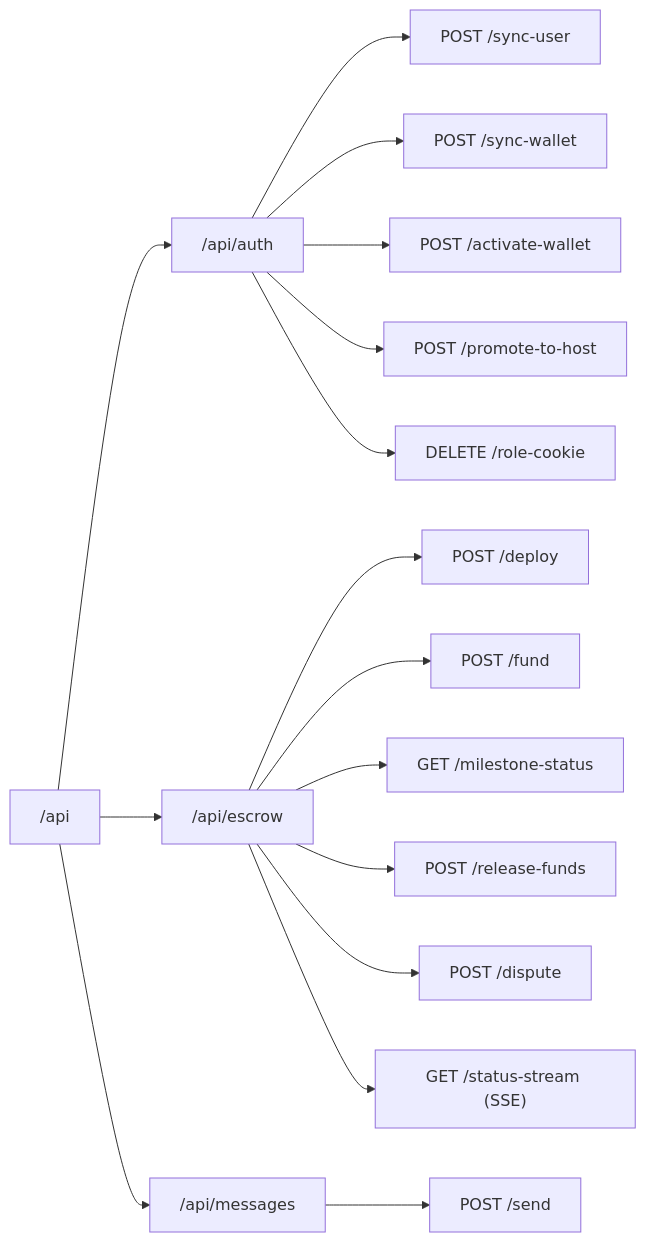
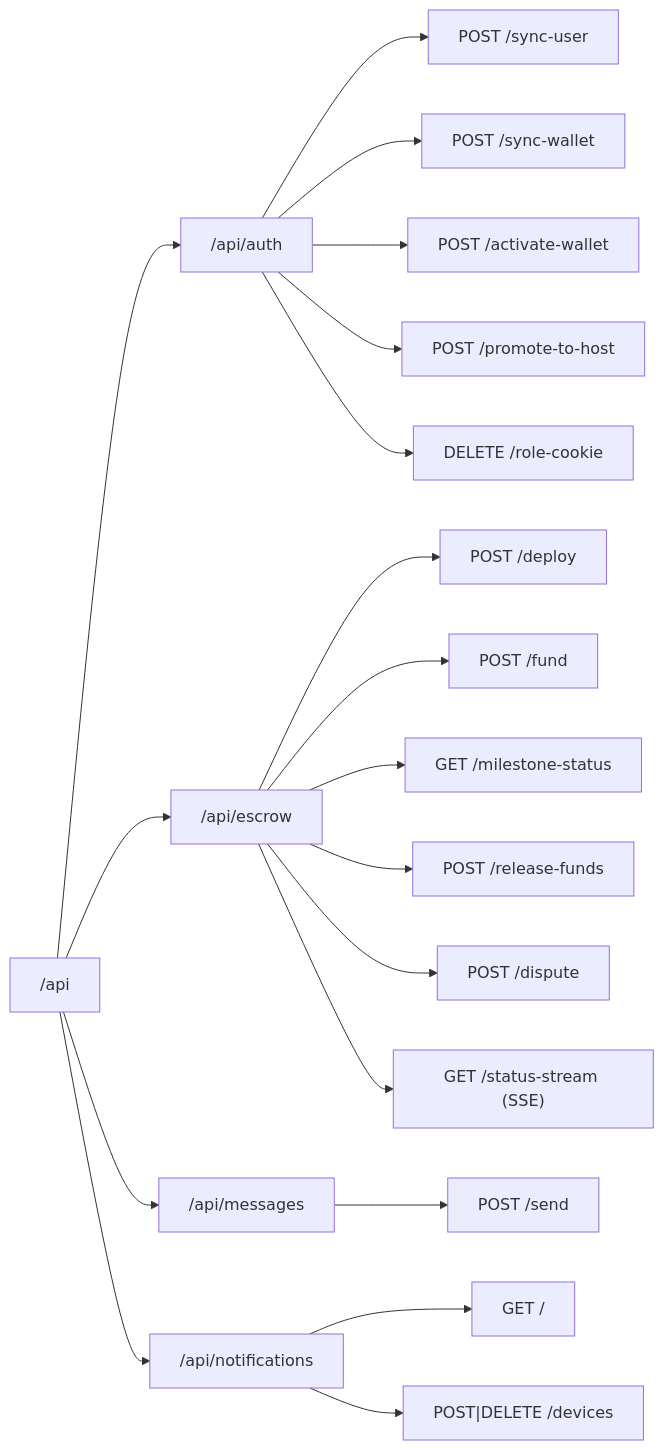
The diagram in docs/backend/api-routes.md (safetrustcr/dApp-SafeTrust), drawn with Mermaid before and after one commit. The commit also changed other lines of this file and 7 other files, not shown here.

First line of the commit message:
feat(api): add GET /api/notifications for escrow events and pending actions

````diff
--- a/docs/backend/api-routes.md
+++ b/docs/backend/api-routes.md
@@ -8,26 +8,31 @@
 ```mermaid
 graph LR
     Root["/api"]
     Auth["/api/auth"]
     Escrow["/api/escrow"]
     Messages["/api/messages"]
+    Notifications["/api/notifications"]
 
     Root --> Auth
     Root --> Escrow
     Root --> Messages
+    Root --> Notifications
 
     Auth --> SyncUser["POST /sync-user"]
     Auth --> SyncWallet["POST /sync-wallet"]
     Auth --> ActivateWallet["POST /activate-wallet"]
     Auth --> PromoteToHost["POST /promote-to-host"]
     Auth --> RoleCookie["DELETE /role-cookie"]
 
     Escrow --> Deploy["POST /deploy"]
     Escrow --> Fund["POST /fund"]
     Escrow --> MilestoneStatus["GET /milestone-status"]
     Escrow --> ReleaseFunds["POST /release-funds"]
     Escrow --> Dispute["POST /dispute"]
     Escrow --> StatusStream["GET /status-stream (SSE)"]
 
     Messages --> Send["POST /send"]
+
+    Notifications --> NotificationsList["GET /"]
+    Notifications --> Devices["POST|DELETE /devices"]
 ```
````
